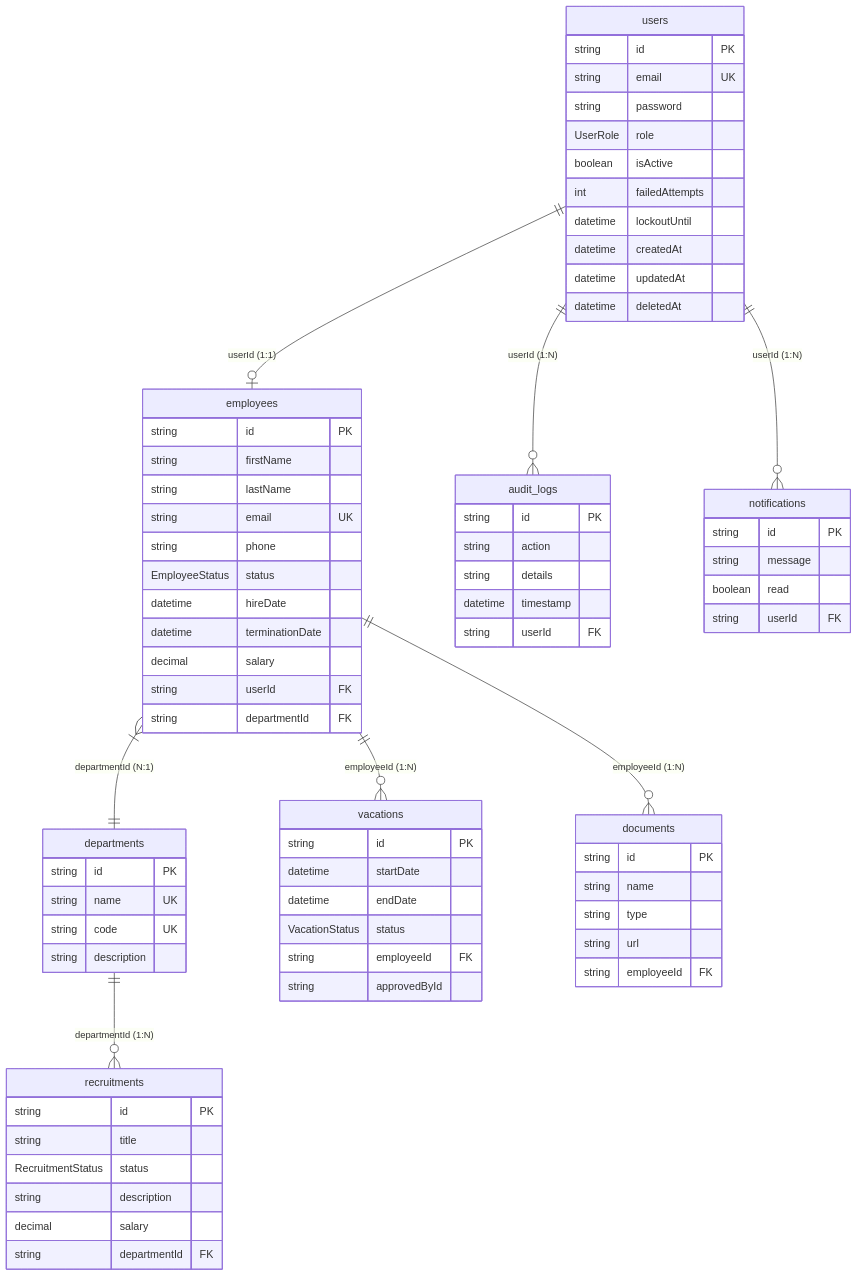
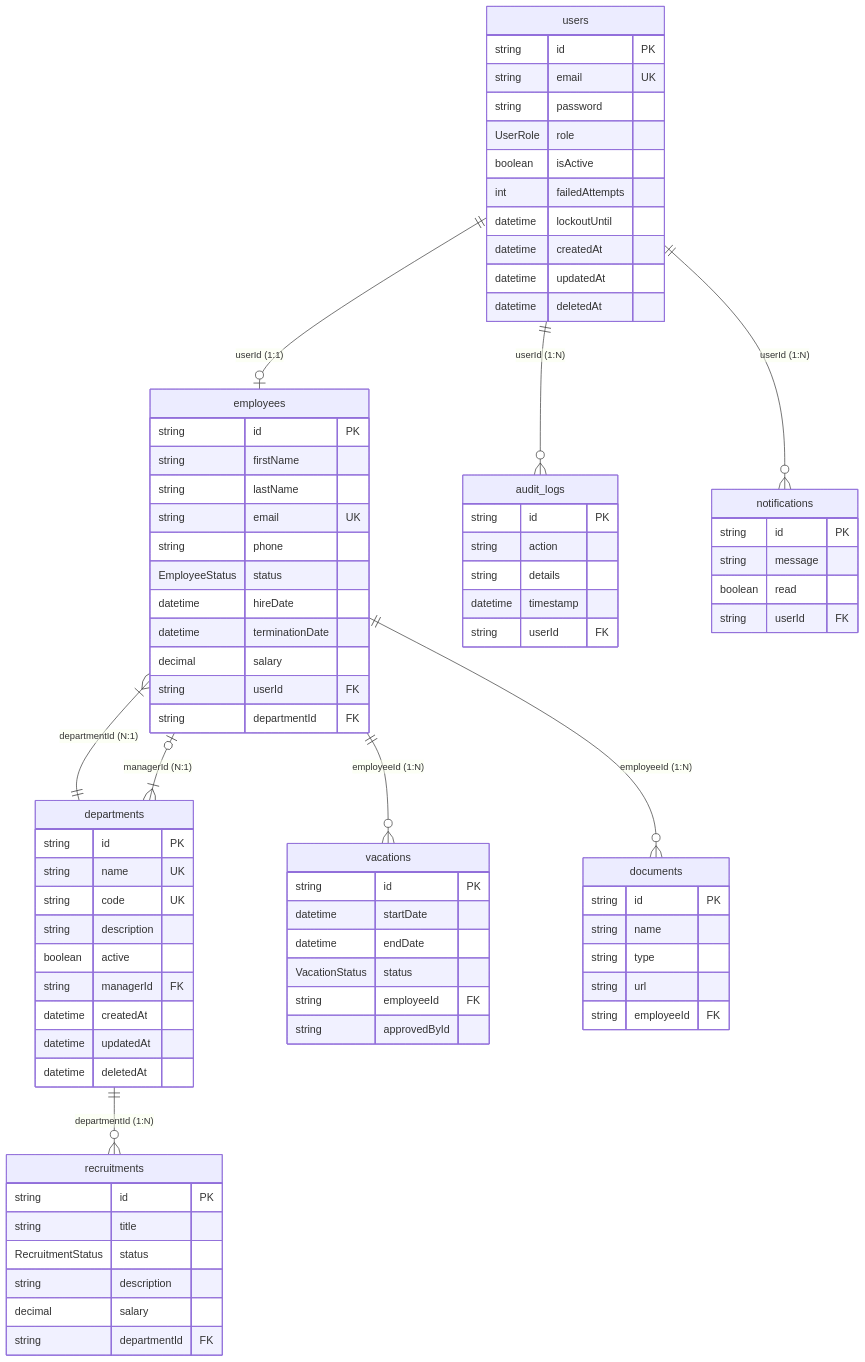
The diagram in docs/database.md (gui-bus/Atlas-HRMS), drawn with Mermaid before and after one commit. The commit also changed 2 other files, not shown here.

Commit message:
docs: document organizational structure and update ER database diagrams

```diff
--- a/docs/database.md
+++ b/docs/database.md
@@ -17,6 +17,7 @@
     employees ||--o{ vacations : "employeeId (1:N)"
     employees ||--o{ documents : "employeeId (1:N)"
     departments ||--o{ recruitments : "departmentId (1:N)"
+    departments }|--o| employees : "managerId (N:1)"
 
     users {
         string id PK
@@ -50,6 +51,11 @@
         string name UK
         string code UK
         string description
+        boolean active
+        string managerId FK
+        datetime createdAt
+        datetime updatedAt
+        datetime deletedAt
     }
 
     audit_logs {
```
